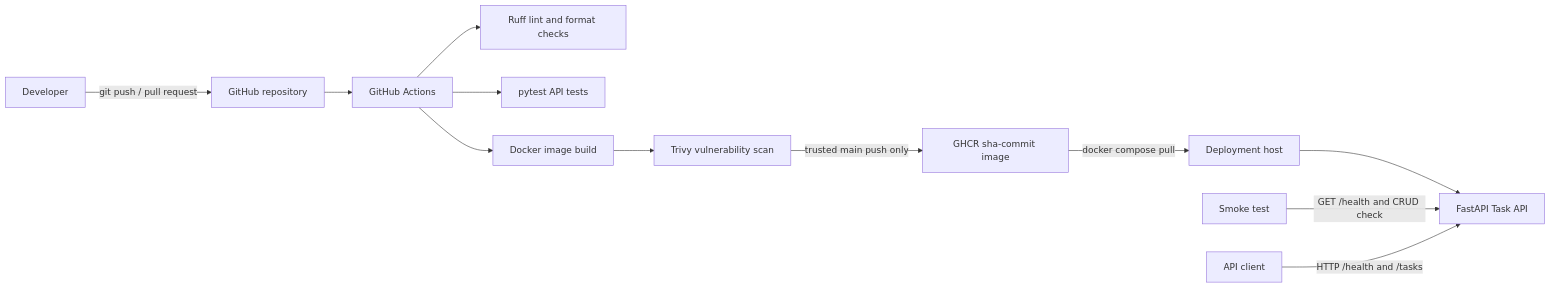
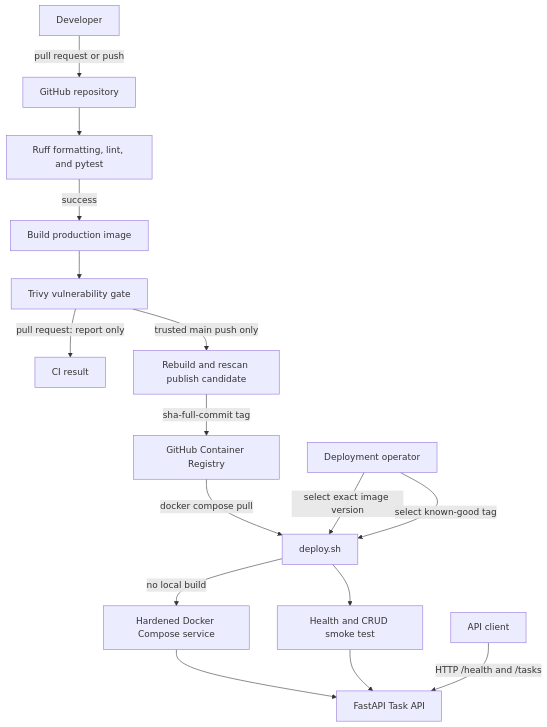
The first of 2 diagrams in docs/architecture.md (mbeddi5232-oss/deployflow-cicd), drawn with Mermaid before and after one commit. The commit also changed other lines of this file and 5 other files, not shown here.

````diff
--- a/docs/architecture.md
+++ b/docs/architecture.md
@@ -7,14 +7,18 @@
 ```mermaid
-flowchart LR
-    Developer[Developer] -->|git push / pull request| GitHub[GitHub repository]
-    GitHub --> Actions[GitHub Actions]
-    Actions --> Lint[Ruff lint and format checks]
-    Actions --> Tests[pytest API tests]
-    Actions --> Build[Docker image build]
-    Build --> Scan[Trivy vulnerability scan]
-    Scan -->|trusted main push only| GHCR[GHCR sha-commit image]
-    GHCR -->|docker compose pull| Host[Deployment host]
-    Host --> API[FastAPI Task API]
-    Smoke[Smoke test] -->|GET /health and CRUD check| API
-    User[API client] -->|HTTP /health and /tasks| API
+flowchart TB
+    Developer[Developer] -->|pull request or push| Repository[GitHub repository]
+    Repository --> Quality[Ruff formatting, lint, and pytest]
+    Quality -->|success| Container[Build production image]
+    Container --> Scan[Trivy vulnerability gate]
+    Scan -->|pull request: report only| CIResult[CI result]
+    Scan -->|trusted main push only| Publish[Rebuild and rescan publish candidate]
+    Publish -->|sha-full-commit tag| GHCR[GitHub Container Registry]
+    Operator[Deployment operator] -->|select exact image version| Deploy[deploy.sh]
+    GHCR -->|docker compose pull| Deploy
+    Deploy -->|no local build| Compose[Hardened Docker Compose service]
+    Compose --> API[FastAPI Task API]
+    Deploy --> Smoke[Health and CRUD smoke test]
+    Smoke --> API
+    Client[API client] -->|HTTP /health and /tasks| API
+    Operator -->|select known-good tag| Deploy
 ```
````
